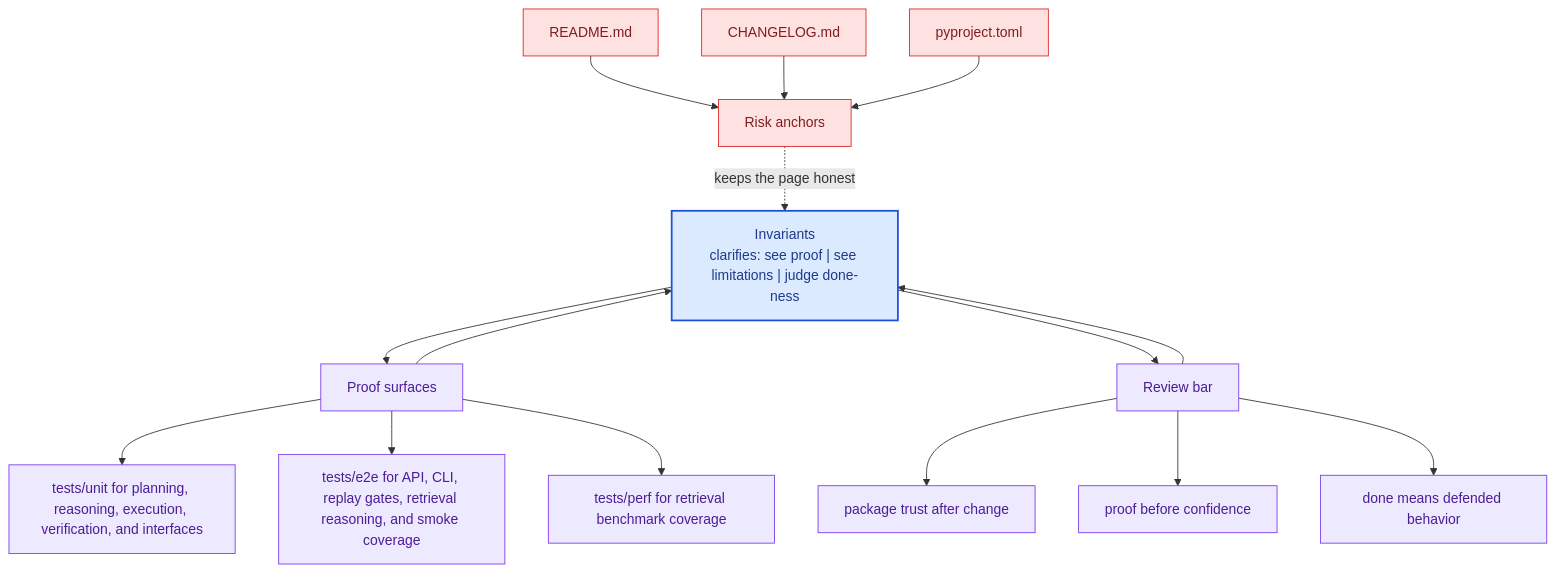
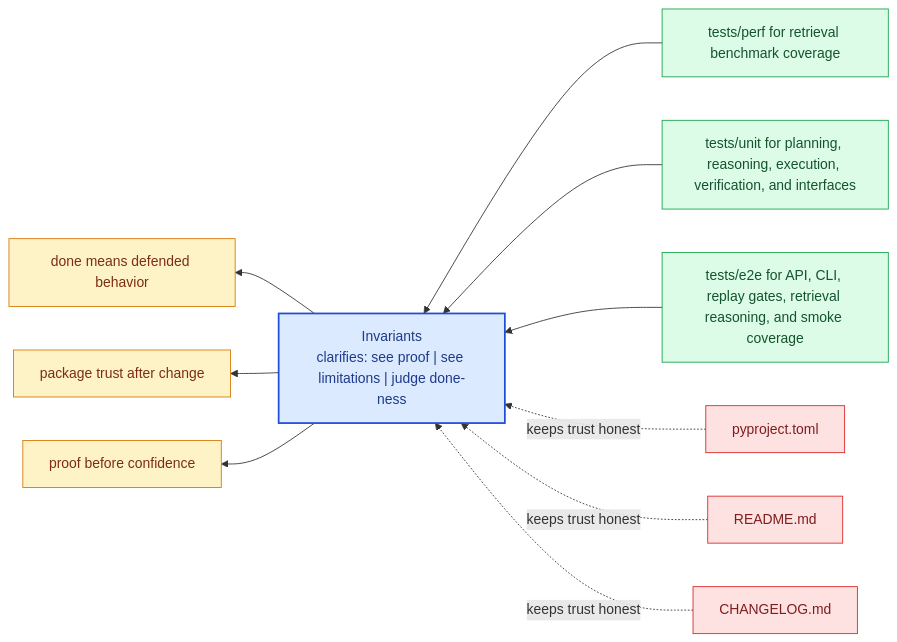
One commit to bijux/bijux-canon changed the diagram in docs/bijux-canon-reason/quality/invariants.md. Above: the diagram before and after it, drawn with Mermaid. The commit also changed other lines of this file and 281 other files, not shown here.

Commit message:
docs(diagrams): replace repeated mermaid scaffolds with page-specific summaries

````diff
--- a/docs/bijux-canon-reason/quality/invariants.md
+++ b/docs/bijux-canon-reason/quality/invariants.md
@@ -67,41 +22,31 @@
 ```mermaid
-flowchart TB
-    promise["Invariants<br/>clarifies: see proof | see limitations | judge done-ness"]
-    classDef promise fill:#dbeafe,stroke:#1d4ed8,color:#1e3a8a,stroke-width:2px;
-    classDef driver fill:#dcfce7,stroke:#16a34a,color:#14532d;
-    classDef constraint fill:#fee2e2,stroke:#dc2626,color:#7f1d1d;
-    classDef ground fill:#ede9fe,stroke:#7c3aed,color:#4c1d95;
-    focus1["Proof surfaces"]
-    focus1 --> promise
-    promise --> focus1
-    focus1_1["tests/unit for planning, reasoning, execution, verification, and interfaces"]
-    focus1 --> focus1_1
-    focus1_2["tests/e2e for API, CLI, replay gates, retrieval reasoning, and smoke coverage"]
-    focus1 --> focus1_2
-    focus1_3["tests/perf for retrieval benchmark coverage"]
-    focus1 --> focus1_3
-    class focus1 ground;
-    class focus1_1,focus1_2,focus1_3 ground;
-    focus2["Risk anchors"]
-    focus2 -.keeps the page honest.-> promise
-    focus2_1["README.md"]
-    focus2_1 --> focus2
-    focus2_2["CHANGELOG.md"]
-    focus2_2 --> focus2
-    focus2_3["pyproject.toml"]
-    focus2_3 --> focus2
-    class focus2 constraint;
-    class focus2_1,focus2_2,focus2_3 constraint;
-    focus3["Review bar"]
-    focus3 --> promise
-    promise --> focus3
-    focus3_1["package trust after change"]
-    focus3 --> focus3_1
-    focus3_2["proof before confidence"]
-    focus3 --> focus3_2
-    focus3_3["done means defended behavior"]
-    focus3 --> focus3_3
-    class focus3 ground;
-    class focus3_1,focus3_2,focus3_3 ground;
-    class promise promise;
+flowchart RL
+    page["Invariants<br/>clarifies: see proof | see limitations | judge done-ness"]
+    classDef page fill:#dbeafe,stroke:#1d4ed8,color:#1e3a8a,stroke-width:2px;
+    classDef positive fill:#dcfce7,stroke:#16a34a,color:#14532d;
+    classDef caution fill:#fee2e2,stroke:#dc2626,color:#7f1d1d;
+    classDef anchor fill:#ede9fe,stroke:#7c3aed,color:#4c1d95;
+    classDef action fill:#fef3c7,stroke:#d97706,color:#7c2d12;
+    proof1["tests/perf for retrieval benchmark coverage"]
+    proof1 --> page
+    proof2["tests/unit for planning, reasoning, execution, verification, and interfaces"]
+    proof2 --> page
+    proof3["tests/e2e for API, CLI, replay gates, retrieval reasoning, and smoke coverage"]
+    proof3 --> page
+    risk1["pyproject.toml"]
+    risk1 -.keeps trust honest.-> page
+    risk2["README.md"]
+    risk2 -.keeps trust honest.-> page
+    risk3["CHANGELOG.md"]
+    risk3 -.keeps trust honest.-> page
+    bar1["done means defended behavior"]
+    page --> bar1
+    bar2["package trust after change"]
+    page --> bar2
+    bar3["proof before confidence"]
+    page --> bar3
+    class page page;
+    class proof1,proof2,proof3 positive;
+    class risk1,risk2,risk3 caution;
+    class bar1,bar2,bar3 action;
 ```
````
